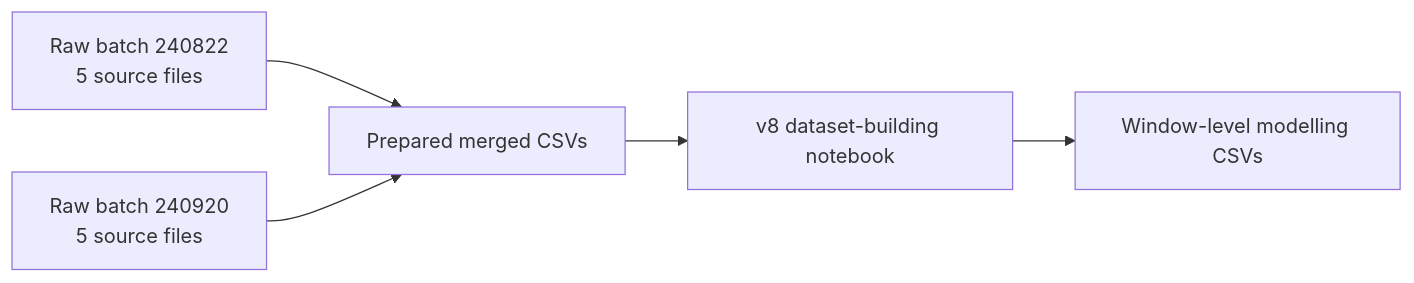
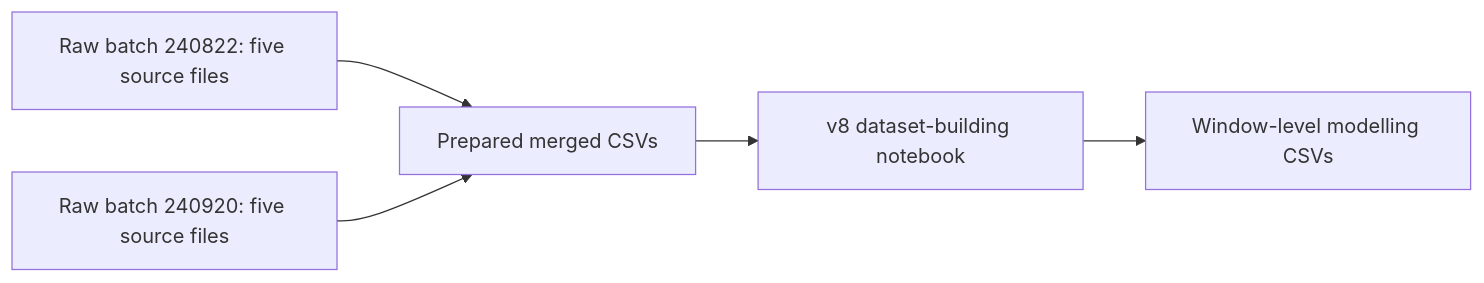
The first of 3 diagrams in README.md (azusahanabi/CGH-Project-Early-Deterioration-Prediction-Dataset-creation), drawn with Mermaid before and after one commit. The commit also changed other lines of this file, not shown here.

````diff
--- a/README.md
+++ b/README.md
@@ -82,7 +83,7 @@
 ```mermaid
 flowchart LR
-    A[Raw batch 240822<br/>5 source files] --> C[Prepared merged CSVs]
-    B[Raw batch 240920<br/>5 source files] --> C
-    C --> D[v8 dataset-building notebook]
-    D --> E[Window-level modelling CSVs]
+    A["Raw batch 240822: five source files"] --> C["Prepared merged CSVs"]
+    B["Raw batch 240920: five source files"] --> C
+    C --> D["v8 dataset-building notebook"]
+    D --> E["Window-level modelling CSVs"]
 ```
````
